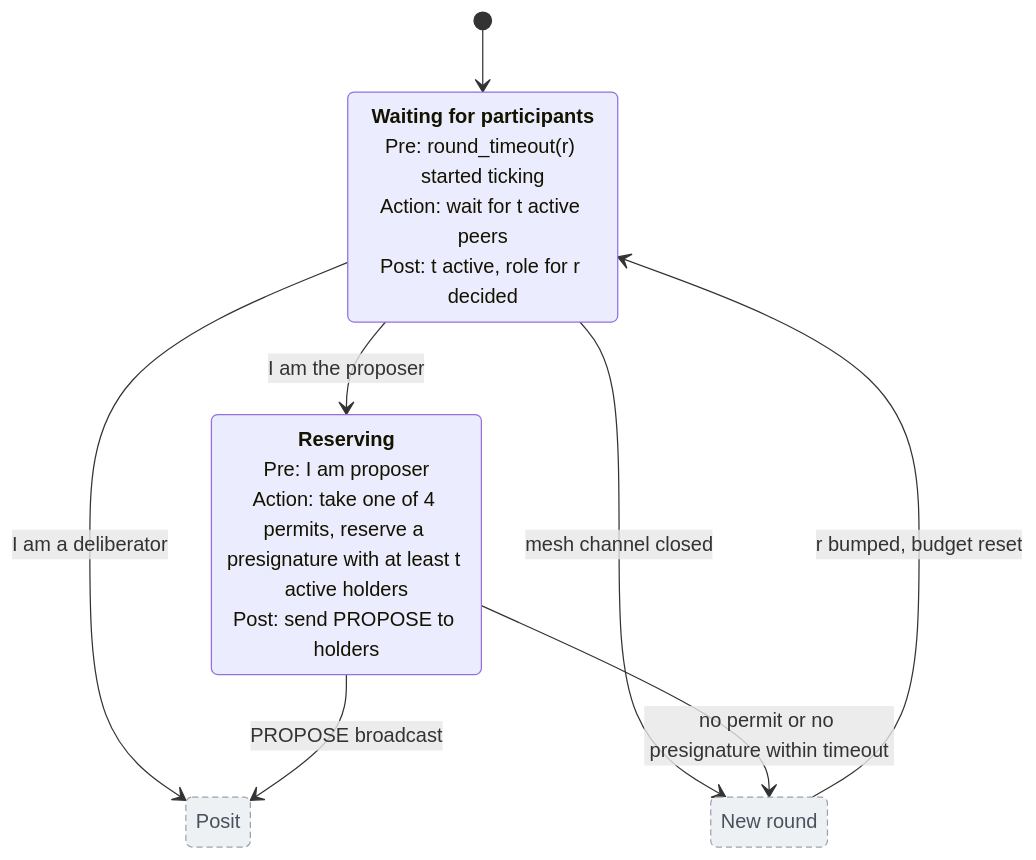
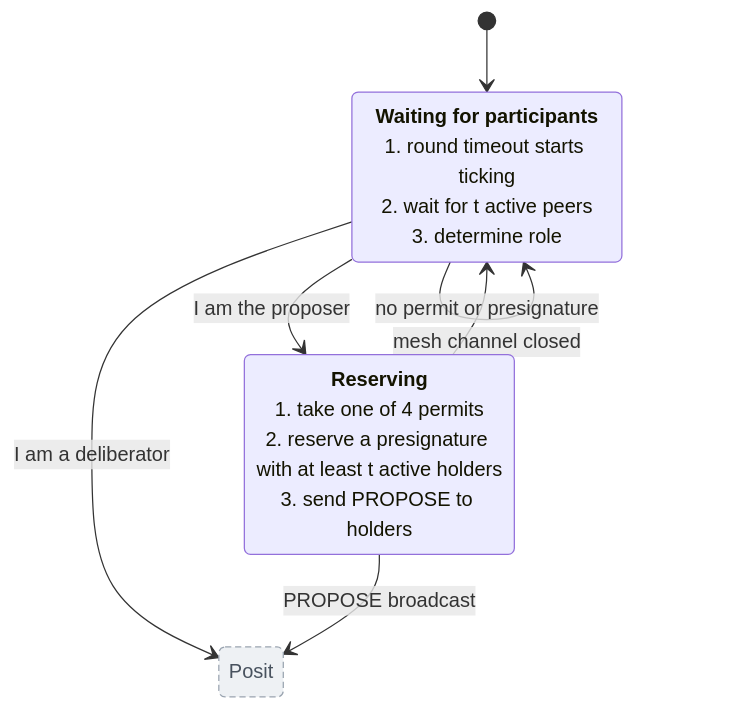
The second of 5 diagrams in doc/posit_state_machine.md (sig-net/mpc), drawn with Mermaid before and after one commit. The commit also changed other lines of this file, not shown here.

First line of the commit message:
docs: number the posit state steps and drop budget wording

````diff
--- a/doc/posit_state_machine.md
+++ b/doc/posit_state_machine.md
@@ -45,20 +45,17 @@
 ```mermaid
 stateDiagram-v2
-    state "<b>Waiting for participants</b><br/>Pre: round_timeout(r) started ticking<br/>Action: wait for t active peers<br/>Post: t active, role for r decided" as WaitingForParticipants
-
-    state "<b>Reserving</b><br/>Pre: I am proposer<br/>Action: take one of 4 permits, reserve a presignature with at least t active holders<br/>Post: send PROPOSE to holders" as Reserving
+    state "<b>Waiting for participants</b><br/>1. round timeout starts ticking<br/>2. wait for t active peers<br/>3. determine role" as WaitingForParticipants
+    state "<b>Reserving</b><br/>1. take one of 4 permits<br/>2. reserve a presignature with at least t active holders<br/>3. send PROPOSE to holders" as Reserving
     state "Posit" as PositOut
-    state "New round" as AbortOut
 
     [*] --> WaitingForParticipants
     WaitingForParticipants --> Reserving: I am the proposer
     WaitingForParticipants --> PositOut: I am a deliberator
     Reserving --> PositOut: PROPOSE broadcast
 
-    WaitingForParticipants --> AbortOut: mesh channel closed
-    Reserving --> AbortOut: no permit or no presignature within timeout
-    AbortOut --> WaitingForParticipants: r bumped, budget reset
+    WaitingForParticipants --> WaitingForParticipants: mesh channel closed
+    Reserving --> WaitingForParticipants: no permit or presignature
 
     classDef outside fill:#eef1f4,stroke:#9aa4b0,color:#48525e,stroke-dasharray:5 3
-    class PositOut,AbortOut outside
+    class PositOut outside
 ```
````
